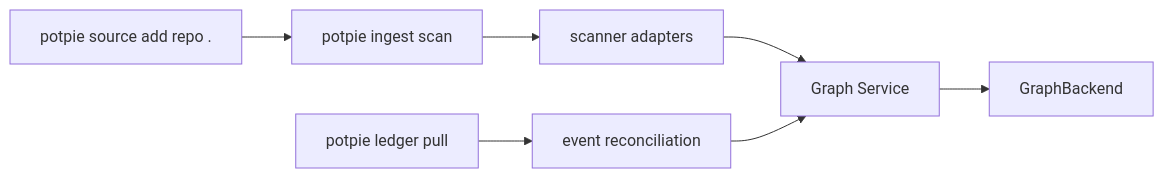
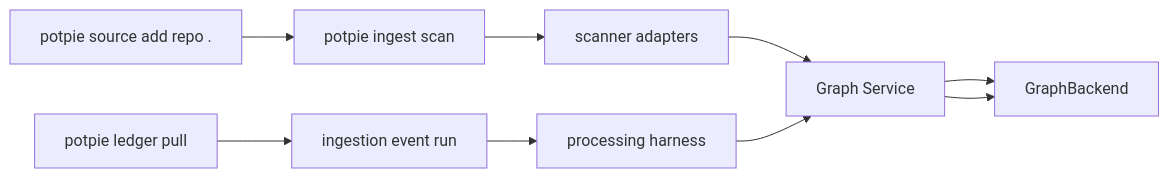
Before and after one commit to potpie-ai/potpie: the seventh of 12 diagrams in docs/context-graph/architecture.md, drawn with Mermaid. The commit also changed other lines of this file and 138 other files, not shown here.

````diff
--- a/docs/context-graph/architecture.md
+++ b/docs/context-graph/architecture.md
@@ -175,13 +347,14 @@
 ```mermaid
 flowchart LR
   cg_register["potpie source add repo ."]
   cg_scan["potpie ingest scan"]
   cg_scanners["scanner adapters"]
   cg_ledger_pull["potpie ledger pull"]
-  cg_reconcile["event reconciliation"]
+  cg_ingest_events["ingestion event run"]
+  cg_harness["processing harness"]
   cg_graph_service["Graph Service"]
   cg_backend["GraphBackend"]
 
   cg_register --> cg_scan --> cg_scanners --> cg_graph_service --> cg_backend
-  cg_ledger_pull --> cg_reconcile --> cg_graph_service
+  cg_ledger_pull --> cg_ingest_events --> cg_harness --> cg_graph_service --> cg_backend
 ```
````
